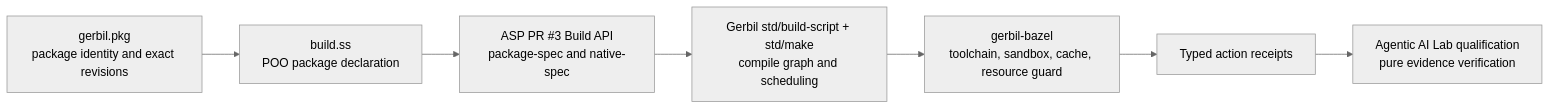
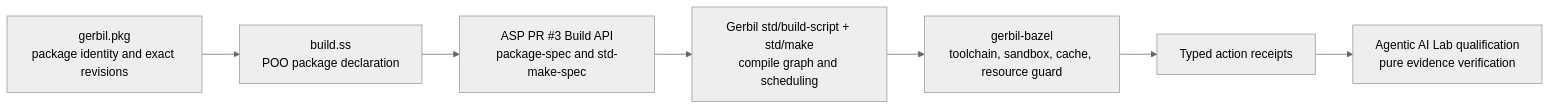
One commit to tao3k/gebril-yuanxu changed the diagram in module-system/design/147-adaptive-scheme-build-guard/06-landed-architecture.org. Above: the diagram before and after it, drawn with Mermaid (neutral theme). The commit also changed other lines of this file and 1469 other files, not shown here.

```diff
--- a/module-system/design/147-adaptive-scheme-build-guard/06-landed-architecture.org
+++ b/module-system/design/147-adaptive-scheme-build-guard/06-landed-architecture.org
@@ -11,12 +11,12 @@
 #+begin_src mermaid
 flowchart LR
     P["gerbil.pkg\npackage identity and exact revisions"]
     B["build.ss\nPOO package declaration"]
-    A["ASP PR #3 Build API\npackage-spec and native-spec"]
+    A["ASP PR #3 Build API\npackage-spec and std-make-spec"]
     S["Gerbil std/build-script + std/make\ncompile graph and scheduling"]
     G["gerbil-bazel\ntoolchain, sandbox, cache, resource guard"]
     E["Typed action receipts"]
     Q["Agentic AI Lab qualification\npure evidence verification"]
 
     P --> B --> A --> S --> G --> E --> Q
 #+end_src
```
